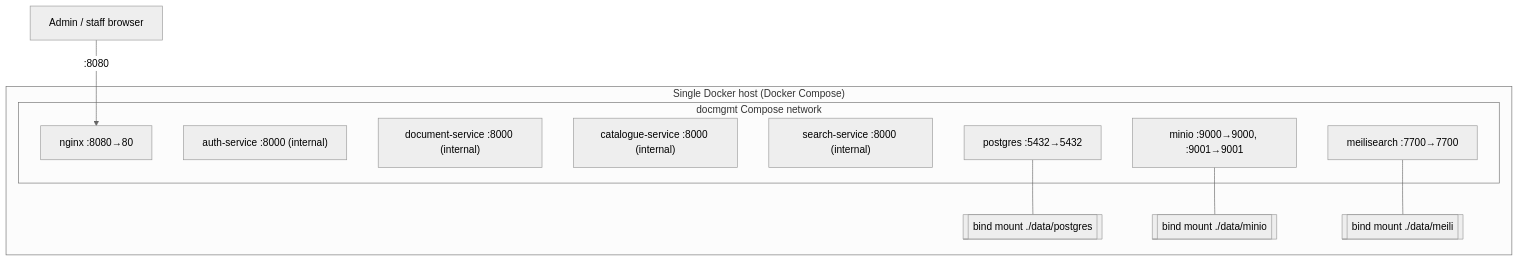
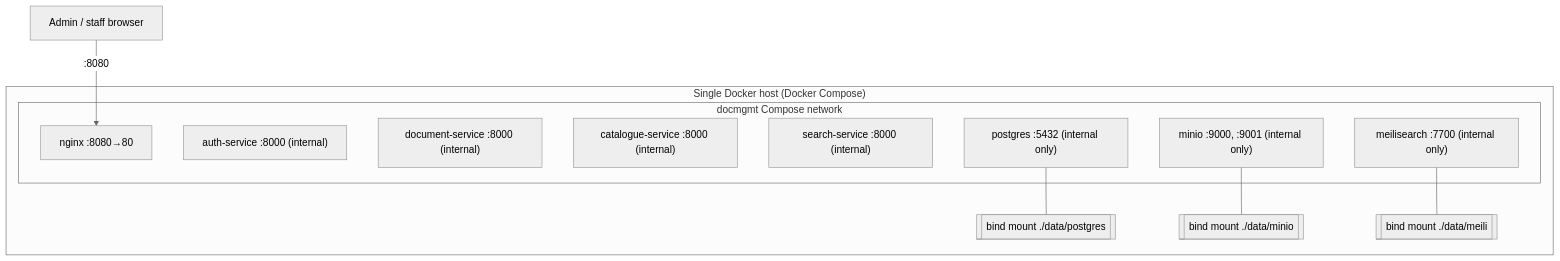
The fifth of 5 diagrams in docs/architecture.md (kaungkyaw3124/doc-mgmt), drawn with Mermaid (neutral theme) before and after one commit. The commit also changed 11 other files, not shown here.

````diff
--- a/docs/architecture.md
+++ b/docs/architecture.md
@@ -183,22 +183,22 @@
 ```mermaid
 flowchart TB
     subgraph Host["Single Docker host (Docker Compose)"]
         subgraph Net["docmgmt Compose network"]
             NginxC["nginx :8080→80"]
             AuthC["auth-service :8000 (internal)"]
             DocC["document-service :8000 (internal)"]
             CatC["catalogue-service :8000 (internal)"]
             SearchC["search-service :8000 (internal)"]
-            PgC["postgres :5432→5432"]
-            MinioC["minio :9000→9000, :9001→9001"]
-            MeiliC["meilisearch :7700→7700"]
+            PgC["postgres :5432 (internal only)"]
+            MinioC["minio :9000, :9001 (internal only)"]
+            MeiliC["meilisearch :7700 (internal only)"]
         end
         VolPg[["bind mount ./data/postgres"]]
         VolMinio[["bind mount ./data/minio"]]
         VolMeili[["bind mount ./data/meili"]]
     end
     Client["Admin / staff browser"] -->|":8080"| NginxC
     PgC --- VolPg
     MinioC --- VolMinio
     MeiliC --- VolMeili
 ```
````
